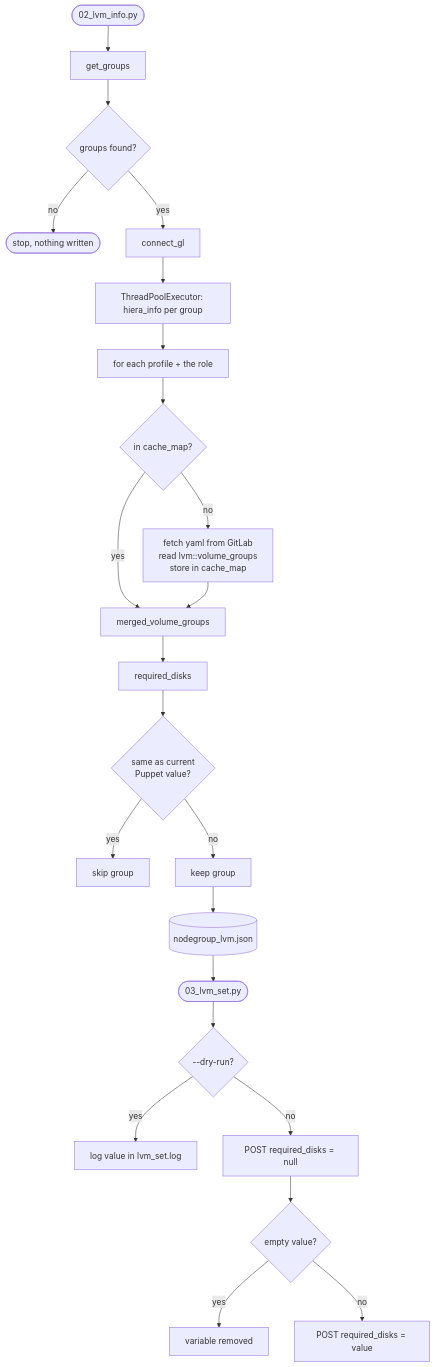
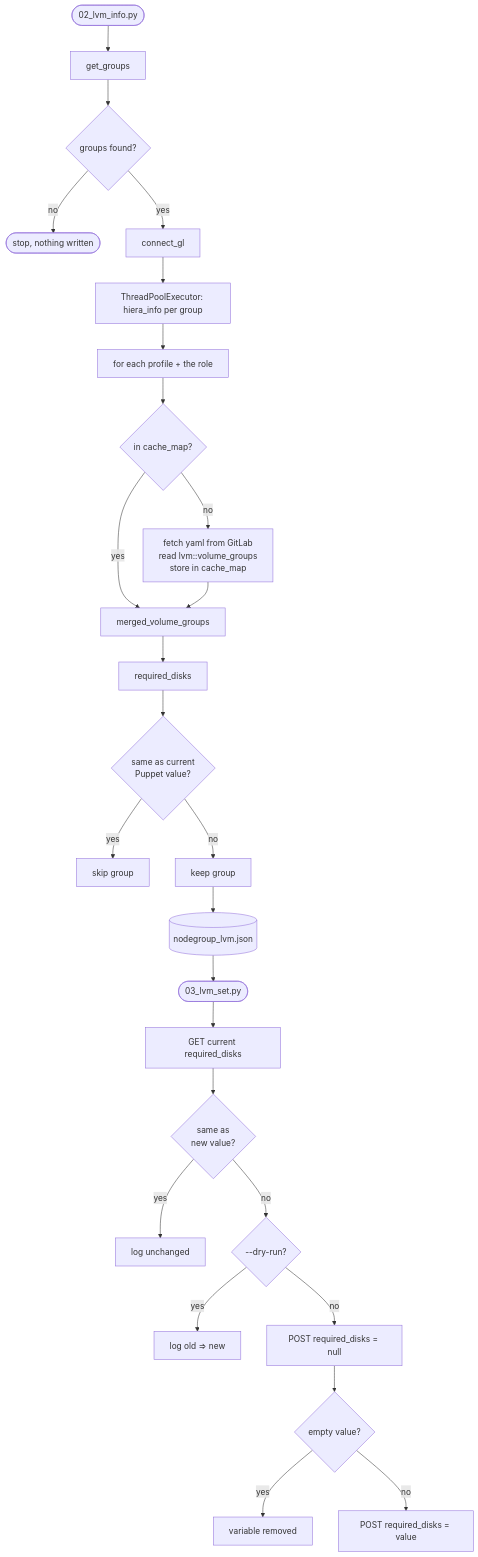
One commit to hork71/diskparse changed the second of 2 diagrams in README.md. Above: the diagram before and after it, drawn with Mermaid. The commit also changed other lines of this file and 1 other file, not shown here.

First line of the commit message:
Make 03_lvm_set.py idempotent

````diff
--- a/README.md
+++ b/README.md
@@ -118,27 +125,30 @@
 ```mermaid
 flowchart TD
     S([02_lvm_info.py]) --> GG[get_groups]
     GG --> E{groups found?}
     E -- no --> X([stop, nothing written])
     E -- yes --> GL[connect_gl]
     GL --> TP[ThreadPoolExecutor: hiera_info per group]
 
     TP --> PR[for each profile + the role]
     PR --> C{in cache_map?}
     C -- yes --> M
     C -- no --> F[fetch yaml from GitLab<br/>read lvm::volume_groups<br/>store in cache_map]
     F --> M[merged_volume_groups]
     M --> RD[required_disks]
     RD --> D{same as current<br/>Puppet value?}
     D -- yes --> SK[skip group]
     D -- no --> K[keep group]
     K --> W[(nodegroup_lvm.json)]
 
     W --> S2([03_lvm_set.py])
-    S2 --> DR{--dry-run?}
-    DR -- yes --> LOG[log value in lvm_set.log]
+    S2 --> GET[GET current required_disks]
+    GET --> EQ{same as<br/>new value?}
+    EQ -- yes --> UN[log unchanged]
+    EQ -- no --> DR{--dry-run?}
+    DR -- yes --> LOG[log old => new]
     DR -- no --> N[POST required_disks = null]
     N --> NE{empty value?}
     NE -- yes --> DONE[variable removed]
     NE -- no --> V[POST required_disks = value]
 ```
````
